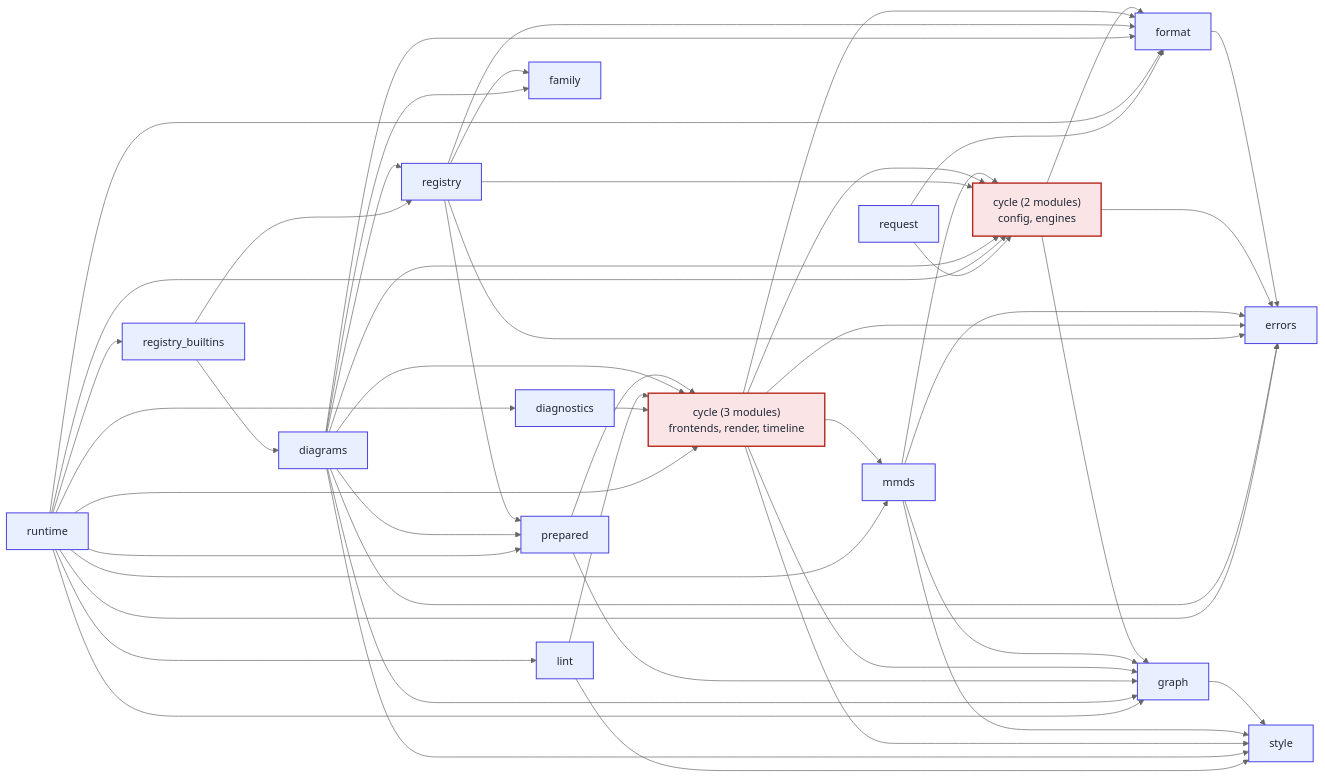
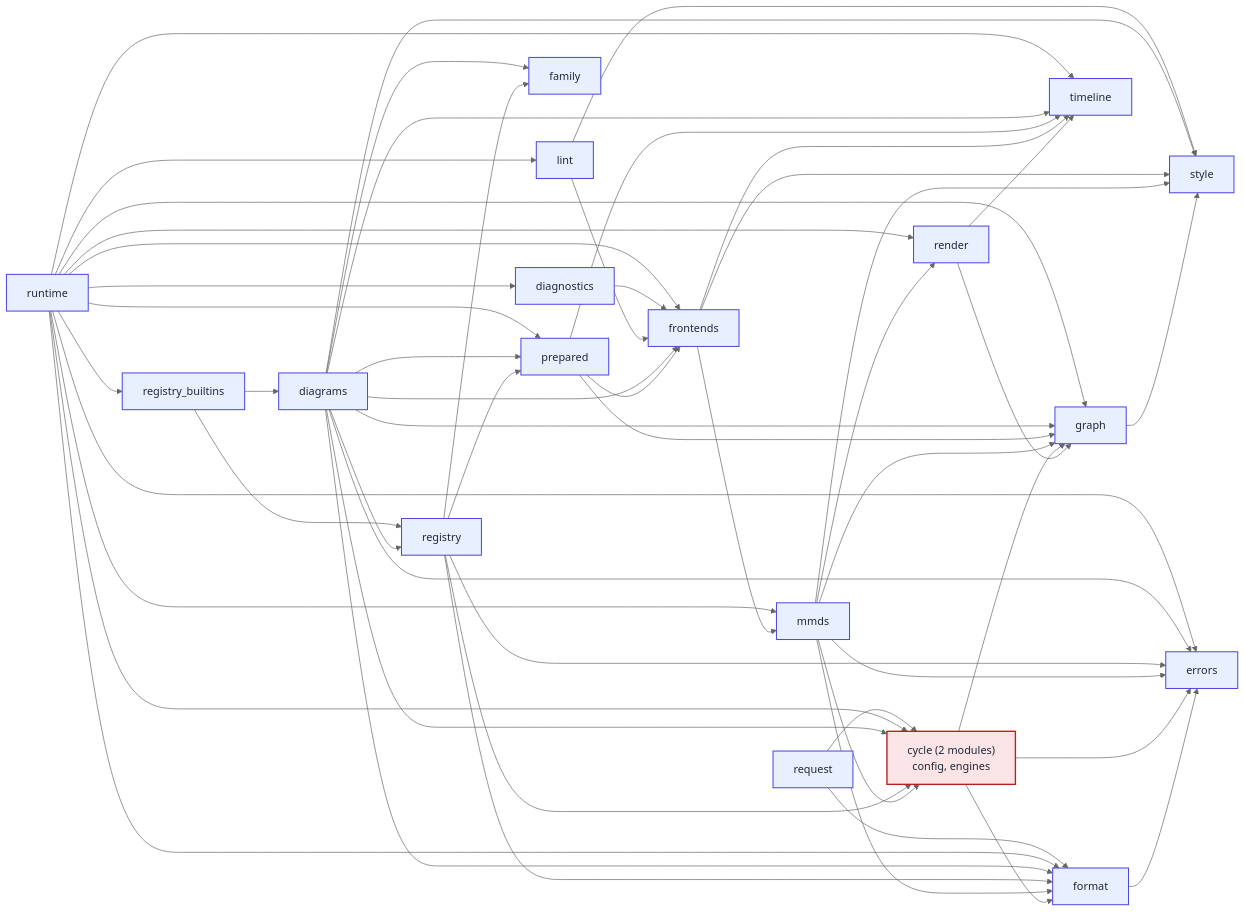
Before and after one commit to kevinswiber/mmdflux: the diagram in docs/architecture/module-dependency-scc-dag.mmd, drawn with Mermaid (neutral theme). The commit also changed 15 other files, not shown here.

Commit message:
Break the MMDS frontend/render/timeline cycle

```diff
--- a/docs/architecture/module-dependency-scc-dag.mmd
+++ b/docs/architecture/module-dependency-scc-dag.mmd
@@ -1,74 +1,81 @@
 %% Generated by scripts/generate-rust-module-deps-scc.py
 %% crate-root: src/lib.rs
 %% max-depth: 1
-%% component-count: 16
-%% largest-scc-size: 3
+%% component-count: 18
+%% largest-scc-size: 2
 flowchart LR
-    scc_14["request"]
-    scc_15["runtime"]
-    scc_7["diagnostics"]
-    scc_12["lint"]
-    scc_13["registry_builtins"]
-    scc_11["diagrams"]
-    scc_10["registry"]
-    scc_8["family"]
-    scc_9["prepared"]
-    scc_6["cycle (3 modules)<br/>frontends, render, timeline"]
-    scc_5["mmds"]
+    scc_16["request"]
+    scc_17["runtime"]
+    scc_9["diagnostics"]
+    scc_14["lint"]
+    scc_15["registry_builtins"]
+    scc_13["diagrams"]
+    scc_12["registry"]
+    scc_10["family"]
+    scc_11["prepared"]
+    scc_8["frontends"]
+    scc_7["mmds"]
     scc_4["cycle (2 modules)<br/>config, engines"]
     scc_1["format"]
     scc_0["errors"]
+    scc_6["render"]
     scc_3["graph"]
     scc_2["style"]
-    scc_14 --> scc_1
-    scc_14 --> scc_4
-    scc_15 --> scc_0
-    scc_15 --> scc_1
-    scc_15 --> scc_3
-    scc_15 --> scc_4
-    scc_15 --> scc_5
-    scc_15 --> scc_6
-    scc_15 --> scc_7
-    scc_15 --> scc_9
+    scc_5["timeline"]
+    scc_16 --> scc_1
+    scc_16 --> scc_4
+    scc_17 --> scc_0
+    scc_17 --> scc_1
+    scc_17 --> scc_3
+    scc_17 --> scc_4
+    scc_17 --> scc_5
+    scc_17 --> scc_6
+    scc_17 --> scc_7
+    scc_17 --> scc_8
+    scc_17 --> scc_9
+    scc_17 --> scc_11
+    scc_17 --> scc_14
+    scc_17 --> scc_15
+    scc_9 --> scc_8
+    scc_14 --> scc_2
+    scc_14 --> scc_8
     scc_15 --> scc_12
     scc_15 --> scc_13
-    scc_7 --> scc_6
-    scc_12 --> scc_2
-    scc_12 --> scc_6
+    scc_13 --> scc_0
+    scc_13 --> scc_1
+    scc_13 --> scc_2
+    scc_13 --> scc_3
+    scc_13 --> scc_4
+    scc_13 --> scc_5
+    scc_13 --> scc_8
     scc_13 --> scc_10
     scc_13 --> scc_11
-    scc_11 --> scc_0
-    scc_11 --> scc_1
-    scc_11 --> scc_2
+    scc_13 --> scc_12
+    scc_12 --> scc_0
+    scc_12 --> scc_1
+    scc_12 --> scc_4
+    scc_12 --> scc_10
+    scc_12 --> scc_11
     scc_11 --> scc_3
-    scc_11 --> scc_4
-    scc_11 --> scc_6
+    scc_11 --> scc_5
     scc_11 --> scc_8
-    scc_11 --> scc_9
-    scc_11 --> scc_10
-    scc_10 --> scc_0
-    scc_10 --> scc_1
-    scc_10 --> scc_4
-    scc_10 --> scc_8
-    scc_10 --> scc_9
-    scc_9 --> scc_3
-    scc_9 --> scc_6
-    scc_6 --> scc_0
-    scc_6 --> scc_1
-    scc_6 --> scc_2
-    scc_6 --> scc_3
-    scc_6 --> scc_4
-    scc_6 --> scc_5
-    scc_5 --> scc_0
-    scc_5 --> scc_2
-    scc_5 --> scc_3
-    scc_5 --> scc_4
+    scc_8 --> scc_2
+    scc_8 --> scc_5
+    scc_8 --> scc_7
+    scc_7 --> scc_0
+    scc_7 --> scc_1
+    scc_7 --> scc_2
+    scc_7 --> scc_3
+    scc_7 --> scc_4
+    scc_7 --> scc_6
     scc_4 --> scc_0
     scc_4 --> scc_1
     scc_4 --> scc_3
     scc_1 --> scc_0
+    scc_6 --> scc_3
+    scc_6 --> scc_5
     scc_3 --> scc_2
     classDef cycle fill:#fbe4e6,stroke:#b42318,stroke-width:2px,color:#1f2937;
     classDef singleton fill:#e8f0ff,stroke:#4f46e5,stroke-width:1.5px,color:#1f2937;
-    class scc_4,scc_6 cycle;
-    class scc_0,scc_1,scc_2,scc_3,scc_5,scc_7,scc_8,scc_9,scc_10,scc_11,scc_12,scc_13,scc_14,scc_15 singleton;
+    class scc_4 cycle;
+    class scc_0,scc_1,scc_2,scc_3,scc_5,scc_6,scc_7,scc_8,scc_9,scc_10,scc_11,scc_12,scc_13,scc_14,scc_15,scc_16,scc_17 singleton;
```
